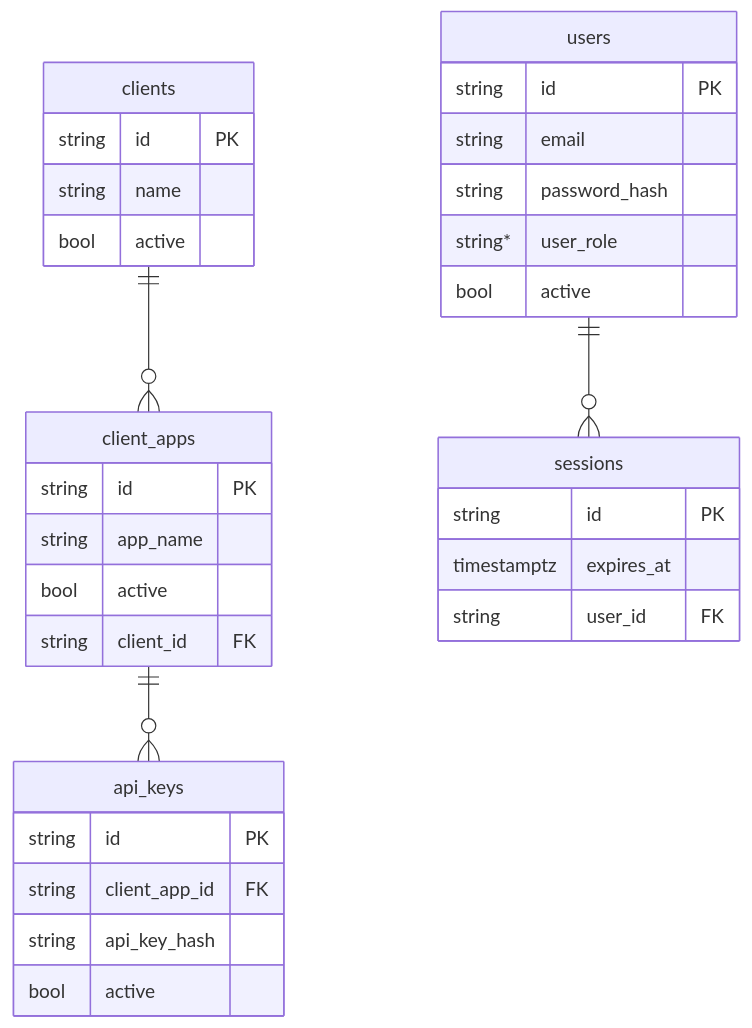
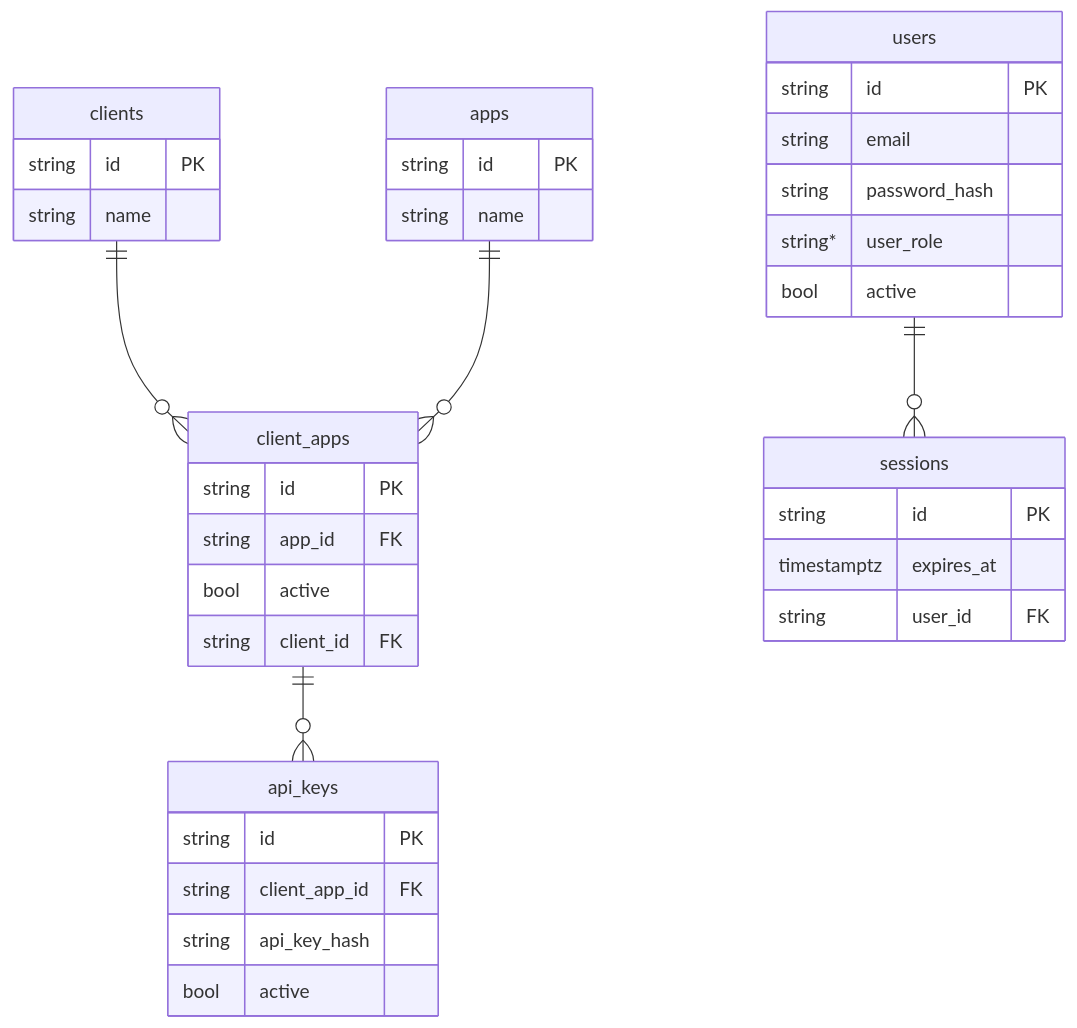
One commit to maneldevs/authjar changed the diagram in .info/diagrams/er.mmd. Above: the diagram before and after it, drawn with Mermaid. The commit also changed 19 other files, not shown here.

```diff
--- a/.info/diagrams/er.mmd
+++ b/.info/diagrams/er.mmd
@@ -1,38 +1,43 @@
 erDiagram
     users {
         string id PK
         string email
         string password_hash
         string* user_role
         bool active 
     }
 
     clients {
         string id PK
         string name
-        bool active
+    }
+
+    apps {
+        string id PK
+        string name
     }
 
     client_apps {
         string id PK
-        string app_name
+        string app_id FK
         bool active
         string client_id FK
     }
 
     sessions {
         string id PK
         timestamptz expires_at
         string user_id FK
     }
 
     api_keys {
         string id PK
         string client_app_id FK
         string api_key_hash
         bool active
     }
 
     users ||--o{ sessions : ""
     clients ||--o{ client_apps : ""
+    apps ||--o{ client_apps : ""
     client_apps ||--o{ api_keys : ""
```
